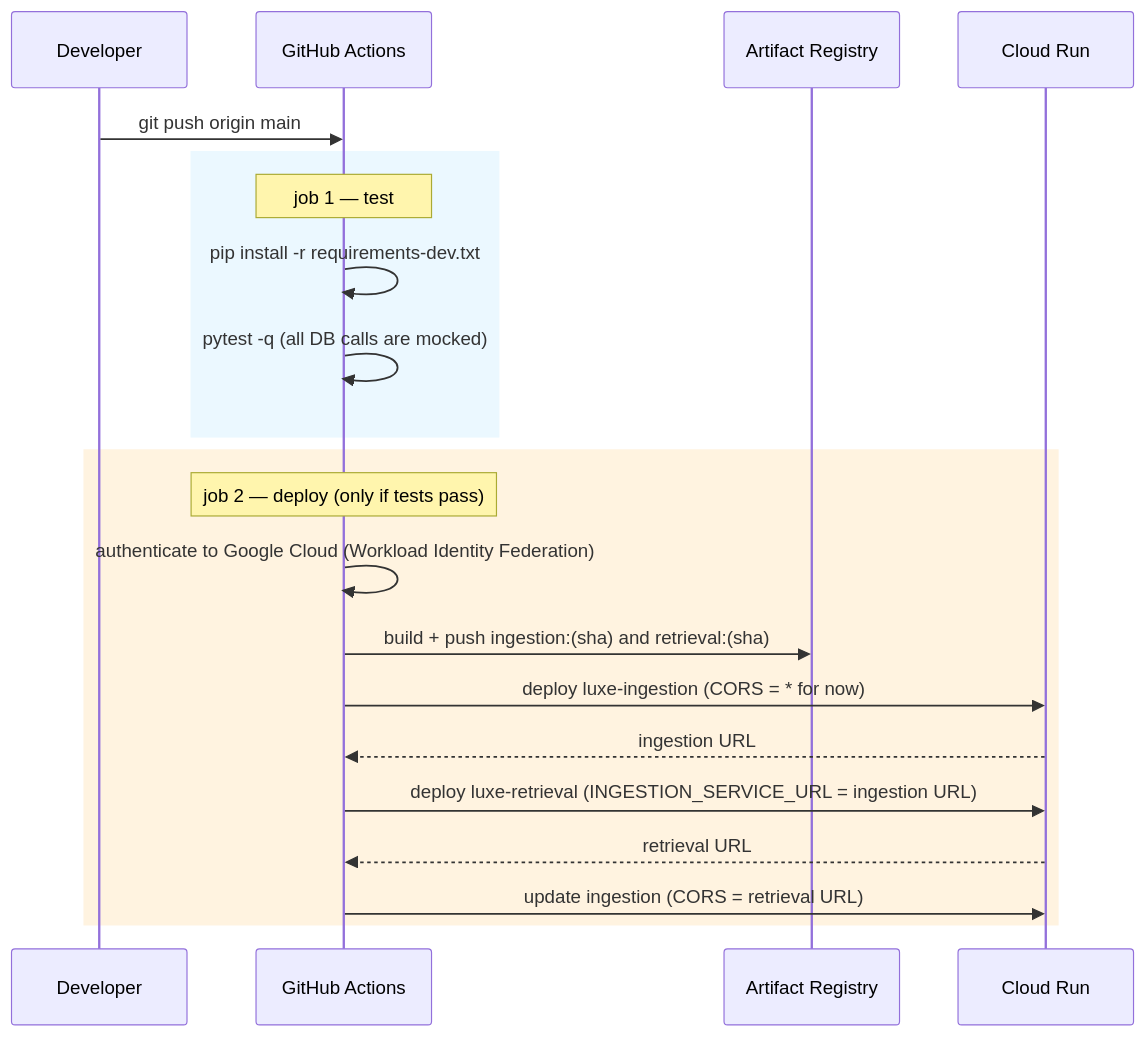
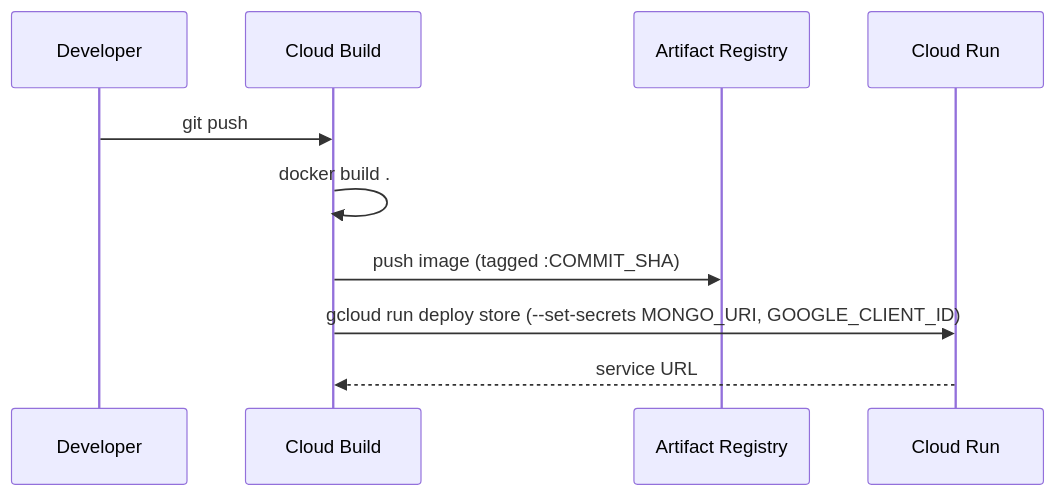
One commit to d-hackmt/ecom-store-gcp changed the diagram in docs/06-deployment.md. Above: the diagram before and after it, drawn with Mermaid. The commit also changed other lines of this file and 22 other files, not shown here.

First line of the commit message:
Remove unused split-service architecture and stale docs/config

````diff
--- a/docs/06-deployment.md
+++ b/docs/06-deployment.md
@@ -57,26 +36,13 @@
 ```mermaid
 sequenceDiagram
     participant Dev as Developer
-    participant GH as GitHub Actions
+    participant CB as Cloud Build
     participant AR as Artifact Registry
     participant CR as Cloud Run
 
-    Dev->>GH: git push origin main
-
-    rect rgb(235,248,255)
-    Note over GH: job 1 — test
-    GH->>GH: pip install -r requirements-dev.txt
-    GH->>GH: pytest -q     (all DB calls are mocked)
-    end
-
-    rect rgb(255,243,224)
-    Note over GH: job 2 — deploy (only if tests pass)
-    GH->>GH: authenticate to Google Cloud (Workload Identity Federation)
-    GH->>AR: build + push ingestion:(sha) and retrieval:(sha)
-    GH->>CR: deploy luxe-ingestion  (CORS = * for now)
-    CR-->>GH: ingestion URL
-    GH->>CR: deploy luxe-retrieval  (INGESTION_SERVICE_URL = ingestion URL)
-    CR-->>GH: retrieval URL
-    GH->>CR: update ingestion  (CORS = retrieval URL)
-    end
+    Dev->>CB: git push
+    CB->>CB: docker build .
+    CB->>AR: push image (tagged :COMMIT_SHA)
+    CB->>CR: gcloud run deploy store (--set-secrets MONGO_URI, GOOGLE_CLIENT_ID)
+    CR-->>CB: service URL
 ```
````
